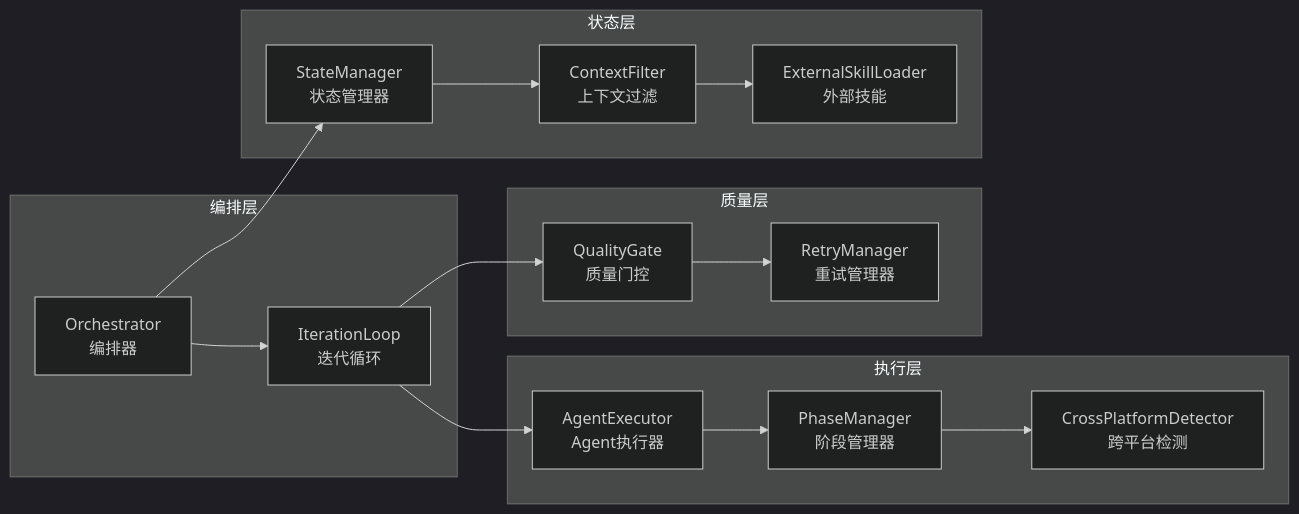
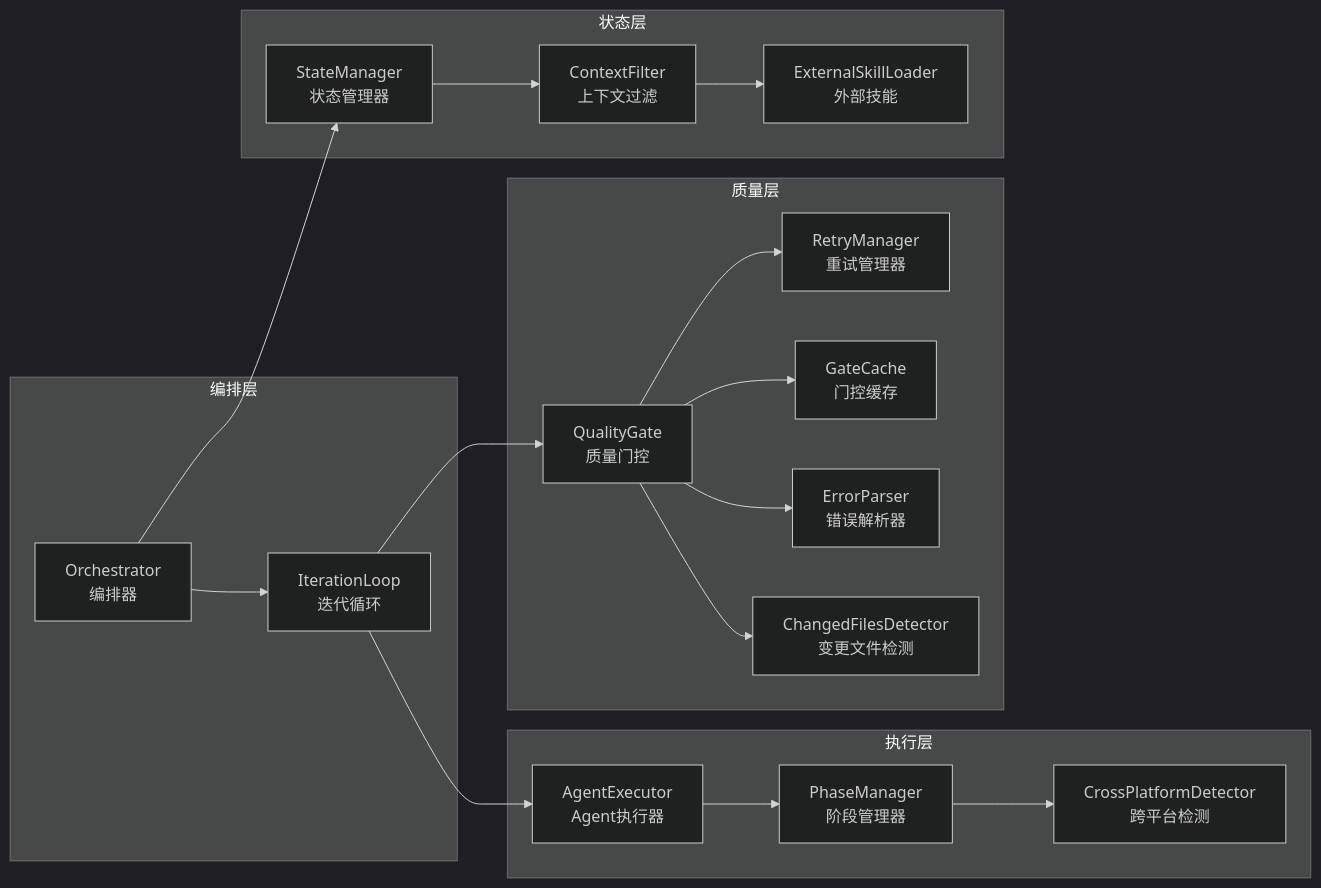
The second of 13 diagrams in docs/System-Architecture_zh.md (Taoidle/plan-cascade), drawn with Mermaid (dark theme) before and after one commit. The commit also changed other lines of this file and 12 other files, not shown here.

First line of the commit message:
feat(quality-gate): add parallel execution, caching, incremental checking, and structured error parsing

````diff
--- a/docs/System-Architecture_zh.md
+++ b/docs/System-Architecture_zh.md
@@ -85,34 +85,40 @@
 ```mermaid
 graph LR
     subgraph "编排层"
         O[Orchestrator<br/>编排器]
         IL[IterationLoop<br/>迭代循环]
     end
 
     subgraph "执行层"
         AE[AgentExecutor<br/>Agent执行器]
         PM[PhaseManager<br/>阶段管理器]
         CPD[CrossPlatformDetector<br/>跨平台检测]
     end
 
     subgraph "质量层"
         QG[QualityGate<br/>质量门控]
         RM[RetryManager<br/>重试管理器]
+        GC[GateCache<br/>门控缓存]
+        EP[ErrorParser<br/>错误解析器]
+        CFD[ChangedFilesDetector<br/>变更文件检测]
     end
 
     subgraph "状态层"
         SM[StateManager<br/>状态管理器]
         CF[ContextFilter<br/>上下文过滤]
         ESL[ExternalSkillLoader<br/>外部技能]
     end
 
     O --> IL
     IL --> AE
     AE --> PM
     PM --> CPD
     IL --> QG
     QG --> RM
+    QG --> GC
+    QG --> EP
+    QG --> CFD
     O --> SM
     SM --> CF
     CF --> ESL
 ```
````
